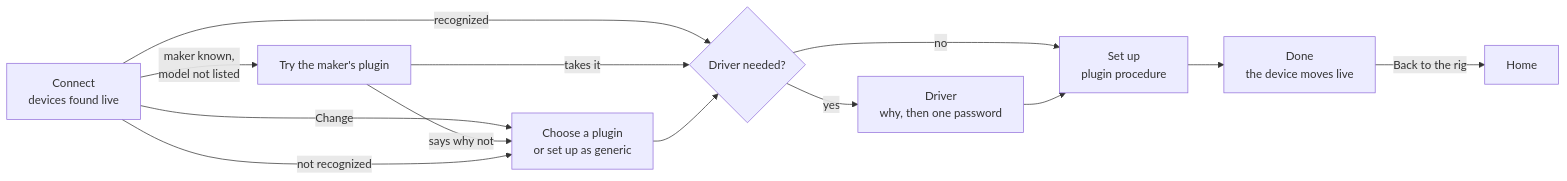
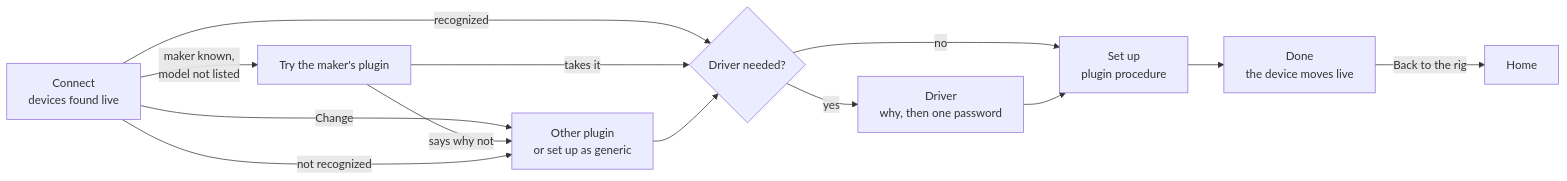
The third of 4 diagrams in docs/design/flows.md (Adiakys/SimRig), drawn with Mermaid before and after one commit. The commit also changed other lines of this file and 8 other files, not shown here.

First line of the commit message:
Add device: one link for the plugin menu, Change or Other plugin, and a menu that stays in the window

````diff
--- a/docs/design/flows.md
+++ b/docs/design/flows.md
@@ -68,15 +68,15 @@
 ```mermaid
 flowchart LR
   C[Connect<br/>devices found live] -->|recognized| N{Driver needed?}
   C -->|Change| G
   C -->|maker known,<br/>model not listed| M[Try the maker's plugin]
   M -->|takes it| N
   M -->|says why not| G
-  C -->|not recognized| G[Choose a plugin<br/>or set up as generic]
+  C -->|not recognized| G[Other plugin<br/>or set up as generic]
   G --> N
   N -->|no| S
   N -->|yes| D[Driver<br/>why, then one password]
   D --> S[Set up<br/>plugin procedure]
   S --> F[Done<br/>the device moves live]
   F -->|Back to the rig| H[Home]
 ```
````
